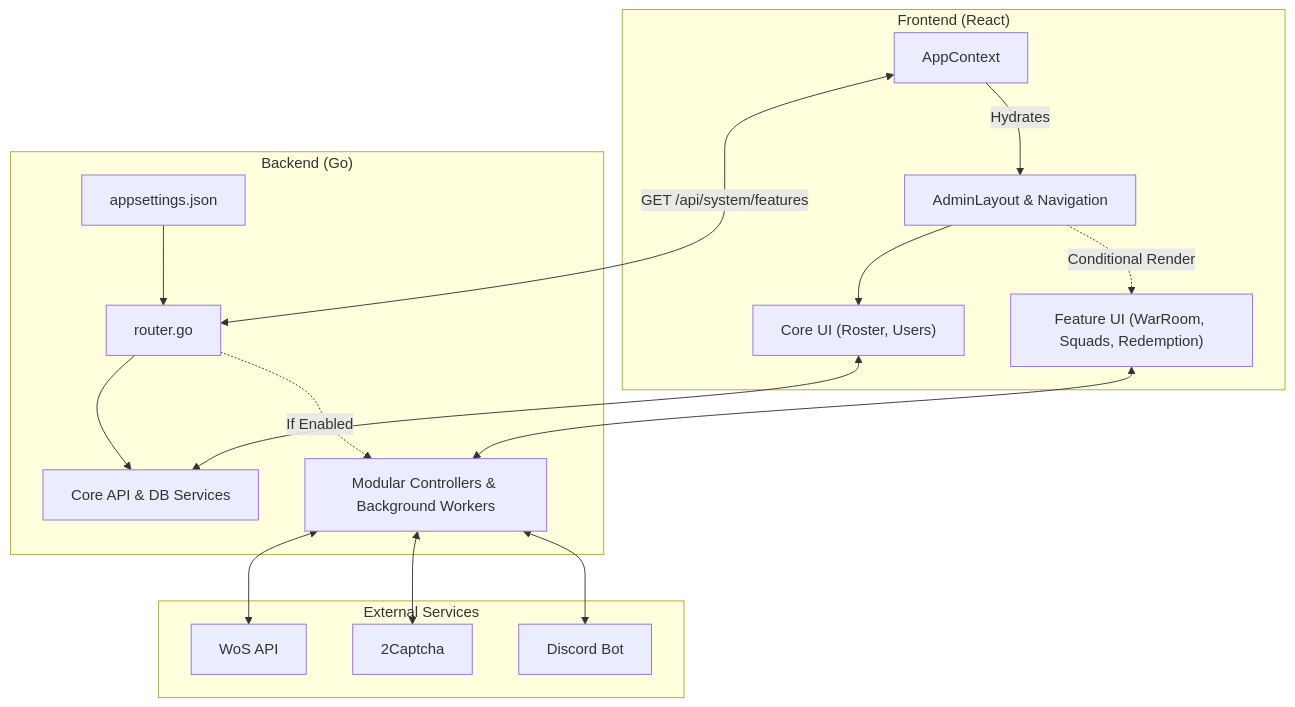
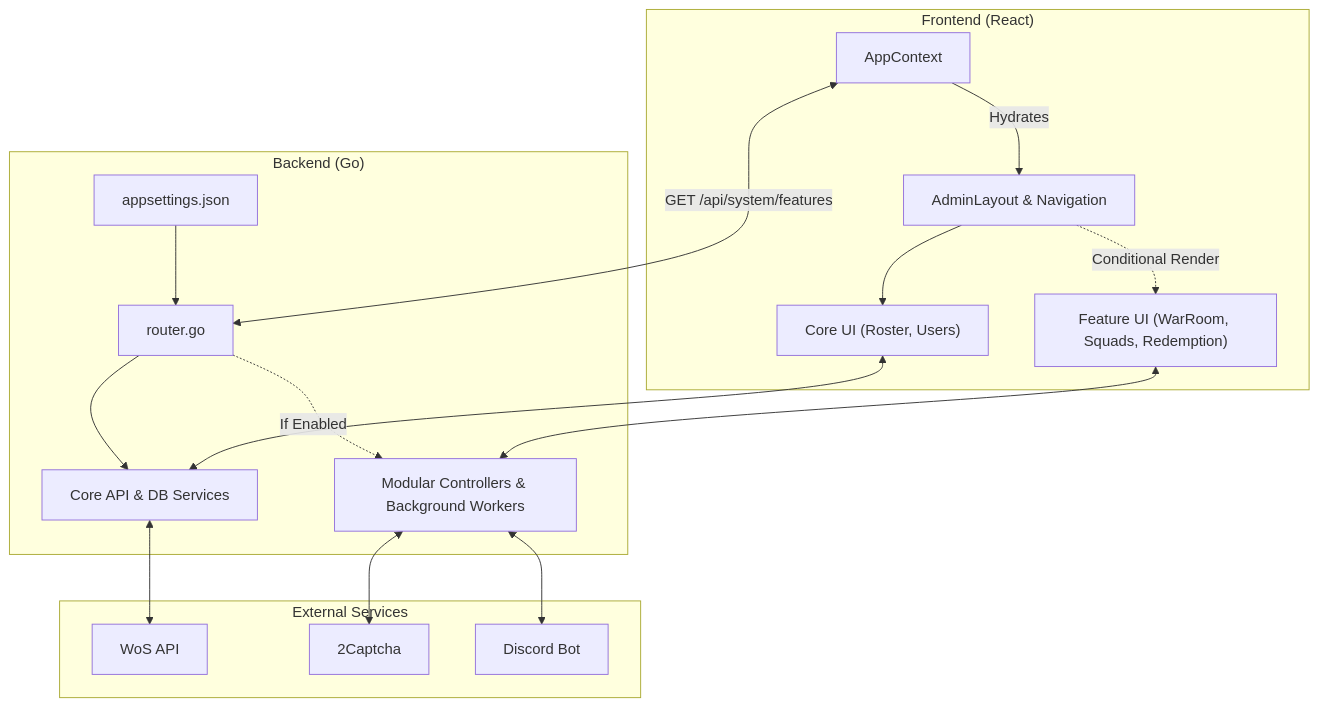
The diagram in README.md (encho-petrov/wosdashboard), drawn with Mermaid before and after one commit. The commit also changed other lines of this file and 6 other files, not shown here.

````diff
--- a/README.md
+++ b/README.md
@@ -58,32 +58,32 @@
 ```mermaid
 graph TD
     subgraph Frontend ["Frontend (React)"]
         AC[AppContext] -->|Hydrates| AL[AdminLayout & Navigation]
         CoreUI["Core UI (Roster, Users)"]
         FeatureUI["Feature UI (WarRoom, Squads, Redemption)"]
         AL --> CoreUI
         AL -.->|Conditional Render| FeatureUI
     end
 
     subgraph Backend ["Backend (Go)"]
         Config[appsettings.json] --> Router[router.go]
         CoreAPI["Core API & DB Services"]
         ModCtrl["Modular Controllers & Background Workers"]
         Router --> CoreAPI
         Router -.->|If Enabled| ModCtrl
     end
 
     subgraph ExtServices ["External Services"]
         GameAPI[WoS API]
         CaptchaAPI[2Captcha]
         DiscordAPI[Discord Bot]
     end
 
     AC <-->|GET /api/system/features| Router
     FeatureUI <--> ModCtrl
     CoreUI <--> CoreAPI
     
-    ModCtrl <--> GameAPI
+    CoreAPI <--> GameAPI
     ModCtrl <--> CaptchaAPI
     ModCtrl <--> DiscordAPI
 ```
````
